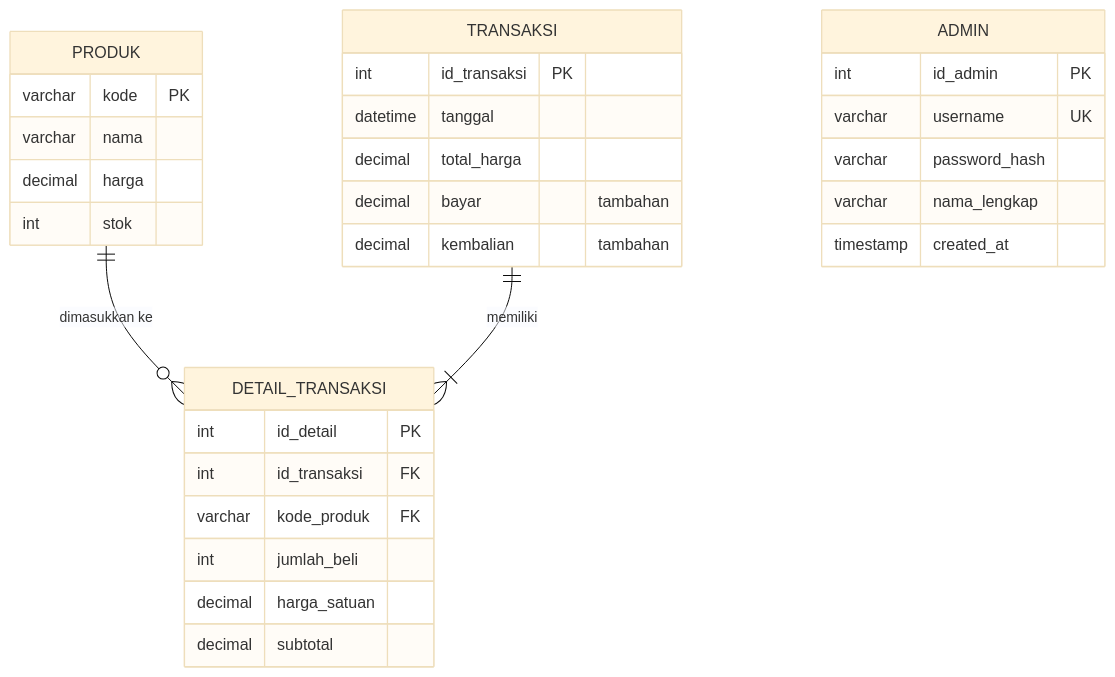
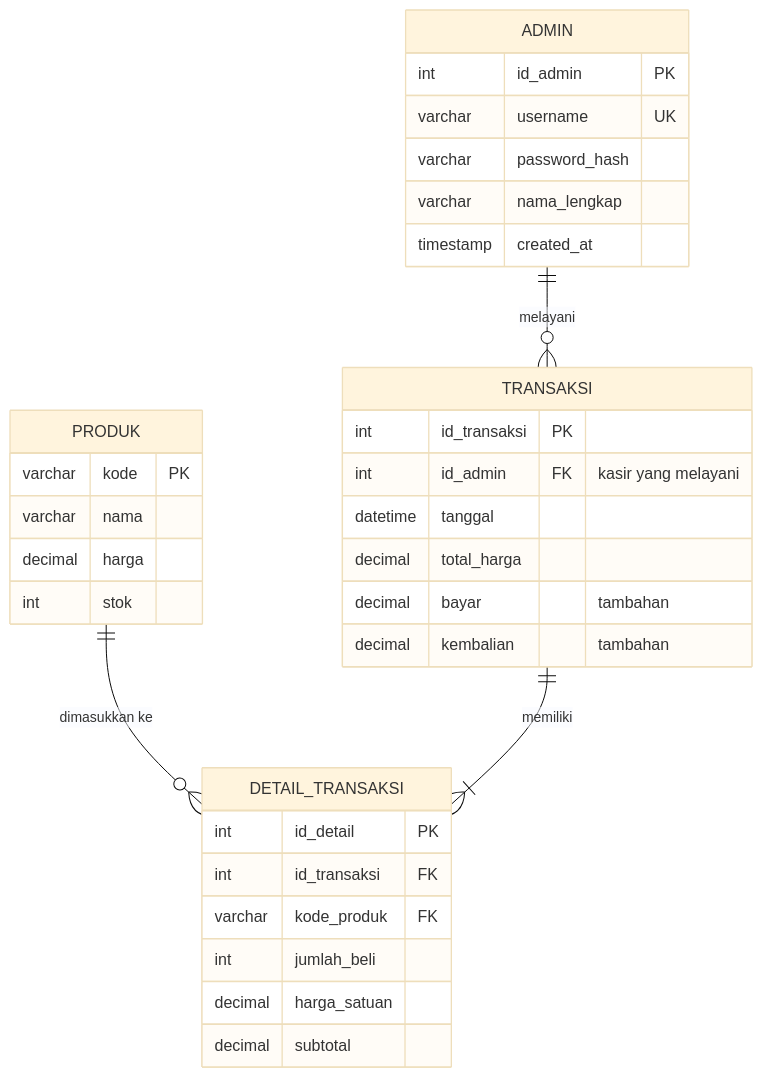
The diagram in docs/ERD.md (Errick-Tan/pos-kasir), drawn with Mermaid (base theme) before and after one commit. The commit also changed other lines of this file and 9 other files, not shown here.

````diff
--- a/docs/ERD.md
+++ b/docs/ERD.md
@@ -3,34 +3,36 @@
 ```mermaid
 erDiagram
+    ADMIN ||--o{ TRANSAKSI : "melayani"
     PRODUK ||--o{ DETAIL_TRANSAKSI : "dimasukkan ke"
     TRANSAKSI ||--|{ DETAIL_TRANSAKSI : "memiliki"
 
     PRODUK {
         varchar kode PK
         varchar nama
         decimal harga
         int stok
     }
     TRANSAKSI {
         int id_transaksi PK
+        int id_admin FK "kasir yang melayani"
         datetime tanggal
         decimal total_harga
         decimal bayar "tambahan"
         decimal kembalian "tambahan"
     }
     DETAIL_TRANSAKSI {
         int id_detail PK
         int id_transaksi FK
         varchar kode_produk FK
         int jumlah_beli
         decimal harga_satuan
         decimal subtotal
     }
     ADMIN {
         int id_admin PK
         varchar username UK
         varchar password_hash
         varchar nama_lengkap
         timestamp created_at
     }
 ```
````
